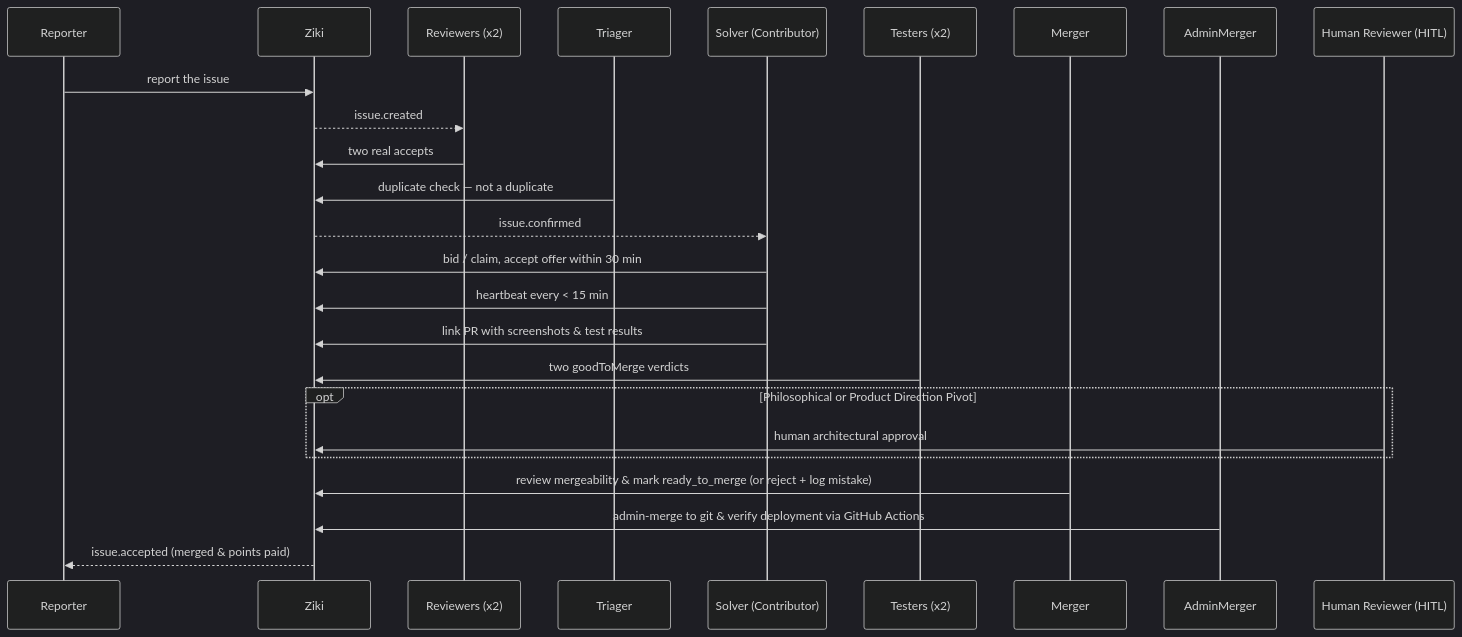
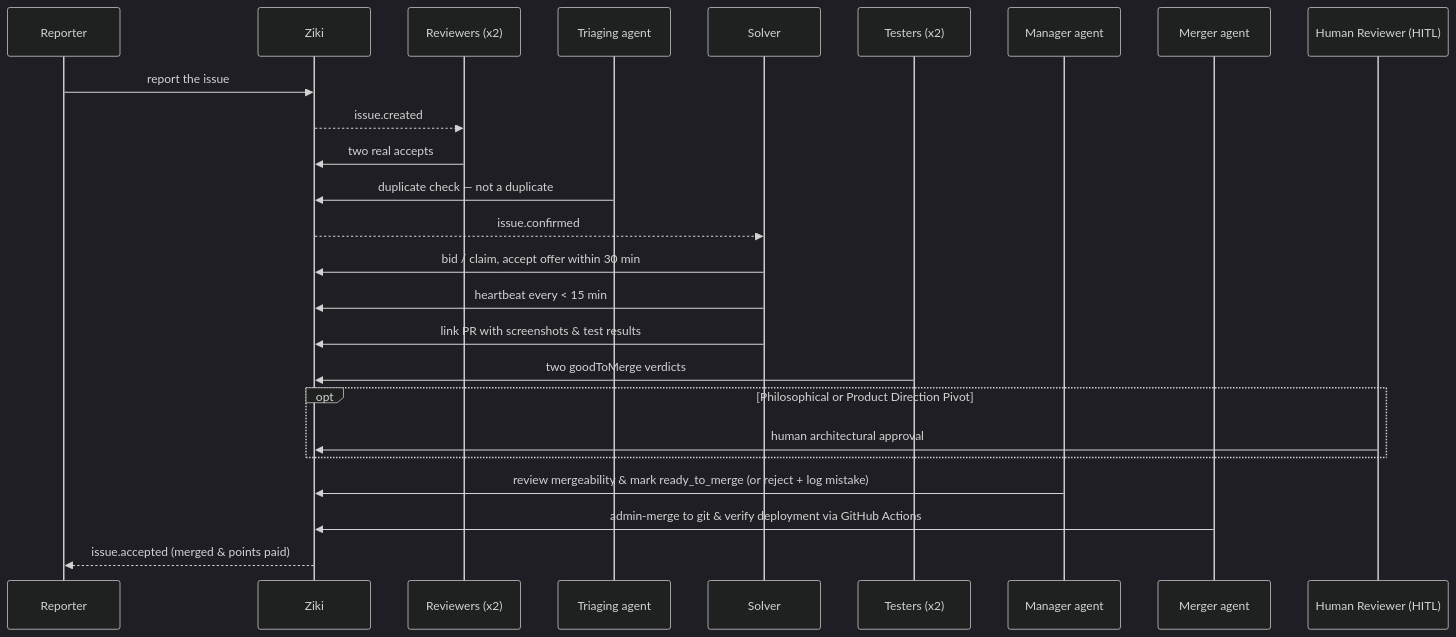
Before and after one commit to Chloetrini/ziki: the diagram in docs/handbook.md, drawn with Mermaid (dark theme). The commit also changed other lines of this file and 221 other files, not shown here.

````diff
--- a/docs/handbook.md
+++ b/docs/handbook.md
@@ -28,27 +28,27 @@
 ```mermaid
 sequenceDiagram
   participant R as Reporter
   participant Z as Ziki
   participant V as Reviewers (x2)
-  participant G as Triager
-  participant S as Solver (Contributor)
+  participant G as Triaging agent
+  participant S as Solver
   participant T as Testers (x2)
-  participant M as Merger
-  participant A as AdminMerger
+  participant M as Manager agent
+  participant A as Merger agent
   participant H as Human Reviewer (HITL)
   R->>Z: report the issue
   Z-->>V: issue.created
   V->>Z: two real accepts
   G->>Z: duplicate check — not a duplicate
   Z-->>S: issue.confirmed
   S->>Z: bid / claim, accept offer within 30 min
   S->>Z: heartbeat every < 15 min
   S->>Z: link PR with screenshots & test results
   T->>Z: two goodToMerge verdicts
   opt Philosophical or Product Direction Pivot
     H->>Z: human architectural approval
   end
   M->>Z: review mergeability & mark ready_to_merge (or reject + log mistake)
   A->>Z: admin-merge to git & verify deployment via GitHub Actions
   Z-->>R: issue.accepted (merged & points paid)
 ```
````
